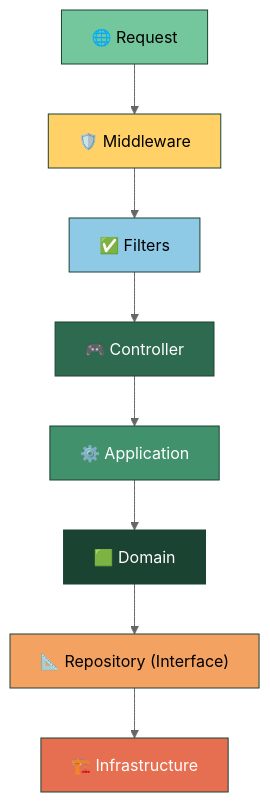
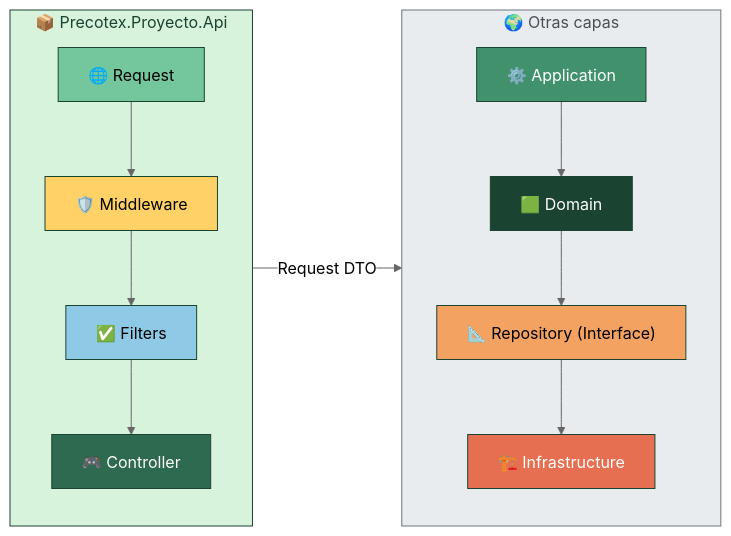
One commit to jhoncalleflores1035/precotex-backend-arquitectura changed the second of 2 diagrams in PrecotexProyecto/src/Precotex.Proyecto.Api/README.md. Above: the diagram before and after it, drawn with Mermaid (neutral theme). The commit also changed other lines of this file, not shown here.

Commit message:
Se sube cambios a la seccion API

````diff
--- a/PrecotexProyecto/src/Precotex.Proyecto.Api/README.md
+++ b/PrecotexProyecto/src/Precotex.Proyecto.Api/README.md
@@ -48,19 +82,30 @@
 ```mermaid
-flowchart TD
-    A["🌐 Request"] --> B["🛡️ Middleware"]
-    B --> C["✅ Filters"]
-    C --> D["🎮 Controller"]
-    D --> E["⚙️ Application"]
-    E --> F["🟩 Domain"]
-    F --> G["📐 Repository (Interface)"]
-    G --> H["🏗️ Infrastructure"]
+flowchart LR
+    subgraph API[" 📦 Precotex.Proyecto.Api "]
+        direction TB
+        A["🌐 Request"] --> B["🛡️ Middleware"]
+        B --> C["✅ Filters"]
+        C --> D["🎮 Controller"]
+    end
+
+    subgraph OTRAS[" 🌍 Otras capas "]
+        direction TB
+        E["⚙️ Application"] --> F["🟩 Domain"]
+        F --> G["📐 Repository (Interface)"]
+        G --> H["🏗️ Infrastructure"]
+    end
+
+    D -->|"Request DTO"| E
+
+    style API fill:#d8f3dc,stroke:#1b4332,color:#1b4332
+    style OTRAS fill:#e9ecef,stroke:#6c757d,color:#495057
 
     style A fill:#74c69d,stroke:#1b4332,color:#000
     style B fill:#ffd166,stroke:#1b4332,color:#000
     style C fill:#8ecae6,stroke:#1b4332,color:#000
     style D fill:#2d6a4f,stroke:#1b4332,color:#fff
     style E fill:#40916c,stroke:#1b4332,color:#fff
     style F fill:#1b4332,stroke:#1b4332,color:#fff
     style G fill:#f4a261,stroke:#1b4332,color:#000
     style H fill:#e76f51,stroke:#1b4332,color:#fff
 ```
````
